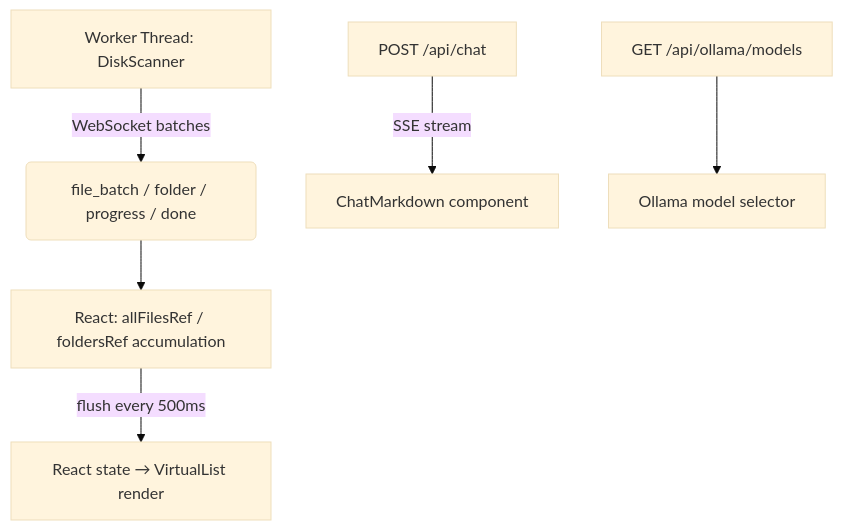
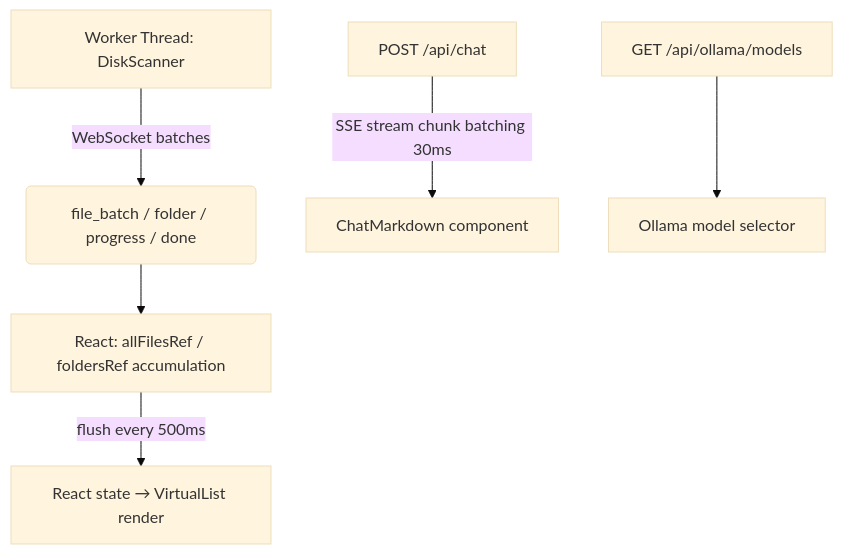
The first of 2 diagrams in README.md (Lizzen/disk_analyzer), drawn with Mermaid (base theme) before and after one commit. The commit also changed other lines of this file and 6 other files, not shown here.

````diff
--- a/README.md
+++ b/README.md
@@ -188,8 +204,8 @@
 ```mermaid
 graph TD
     A[Worker Thread: DiskScanner] -->|WebSocket batches| B(file_batch / folder / progress / done)
     B --> C[React: allFilesRef / foldersRef accumulation]
     C -->|flush every 500ms| D[React state → VirtualList render]
-    E[POST /api/chat] -->|SSE stream| F[ChatMarkdown component]
+    E[POST /api/chat] -->|SSE stream chunk batching 30ms| F[ChatMarkdown component]
     G[GET /api/ollama/models] --> H[Ollama model selector]
 ```
````
